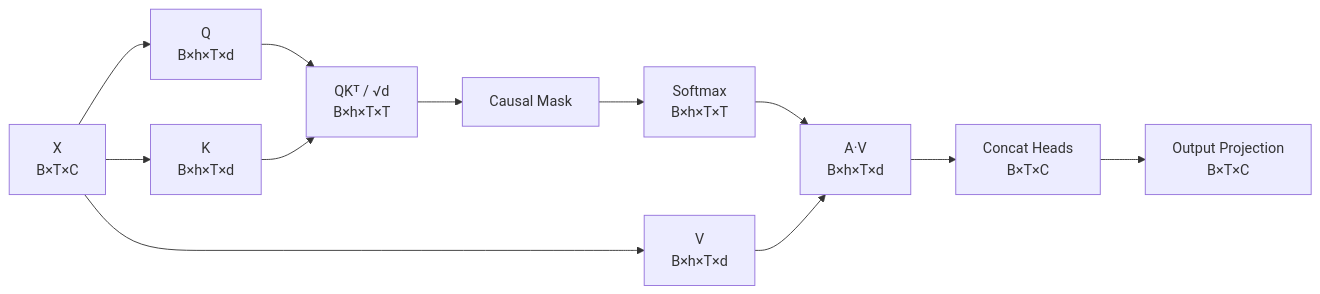
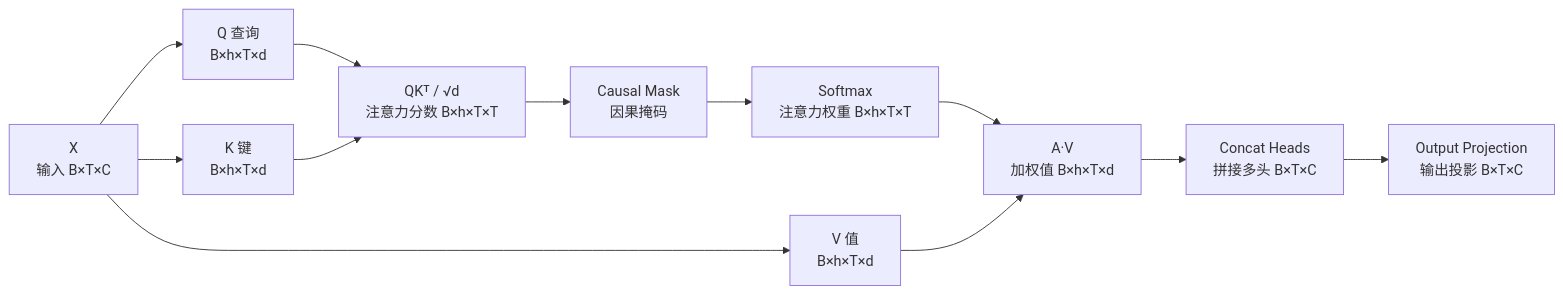
The third of 12 diagrams in figures/README.md (Yukun-Zheng/LLM-development), drawn with Mermaid before and after one commit. The commit also changed other lines of this file, not shown here.

Commit message:
docs: localize figure labels with Chinese

````diff
--- a/figures/README.md
+++ b/figures/README.md
@@ -67,14 +67,14 @@
 ```mermaid
 flowchart LR
-    X[X\nB×T×C] --> Q[Q\nB×h×T×d]
-    X --> K[K\nB×h×T×d]
-    X --> V[V\nB×h×T×d]
-    Q --> S[QKᵀ / √d\nB×h×T×T]
+    X[X<br/>输入 B×T×C] --> Q[Q 查询<br/>B×h×T×d]
+    X --> K[K 键<br/>B×h×T×d]
+    X --> V[V 值<br/>B×h×T×d]
+    Q --> S[QKᵀ / √d<br/>注意力分数 B×h×T×T]
     K --> S
-    S --> M[Causal Mask]
-    M --> A[Softmax\nB×h×T×T]
-    A --> O[A·V\nB×h×T×d]
+    S --> M[Causal Mask<br/>因果掩码]
+    M --> A[Softmax<br/>注意力权重 B×h×T×T]
+    A --> O[A·V<br/>加权值 B×h×T×d]
     V --> O
-    O --> C[Concat Heads\nB×T×C]
-    C --> P[Output Projection\nB×T×C]
+    O --> C[Concat Heads<br/>拼接多头 B×T×C]
+    C --> P[Output Projection<br/>输出投影 B×T×C]
 ```
````
